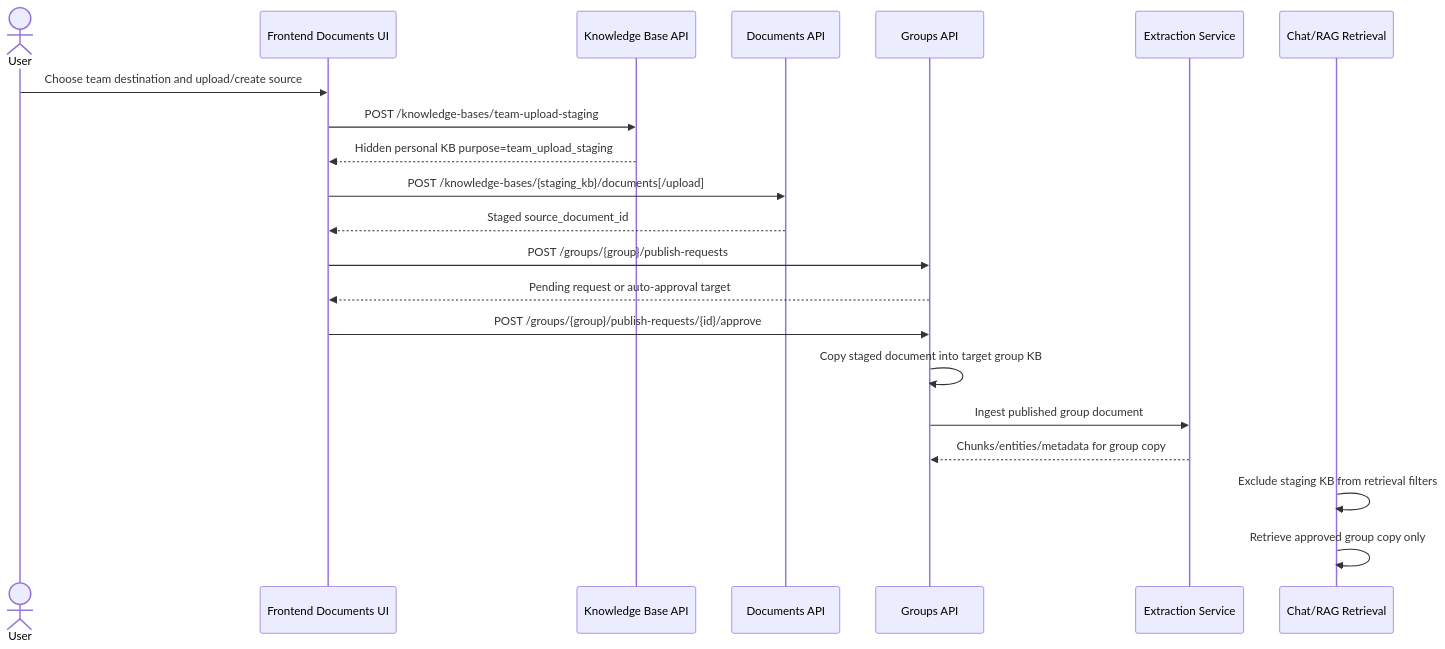
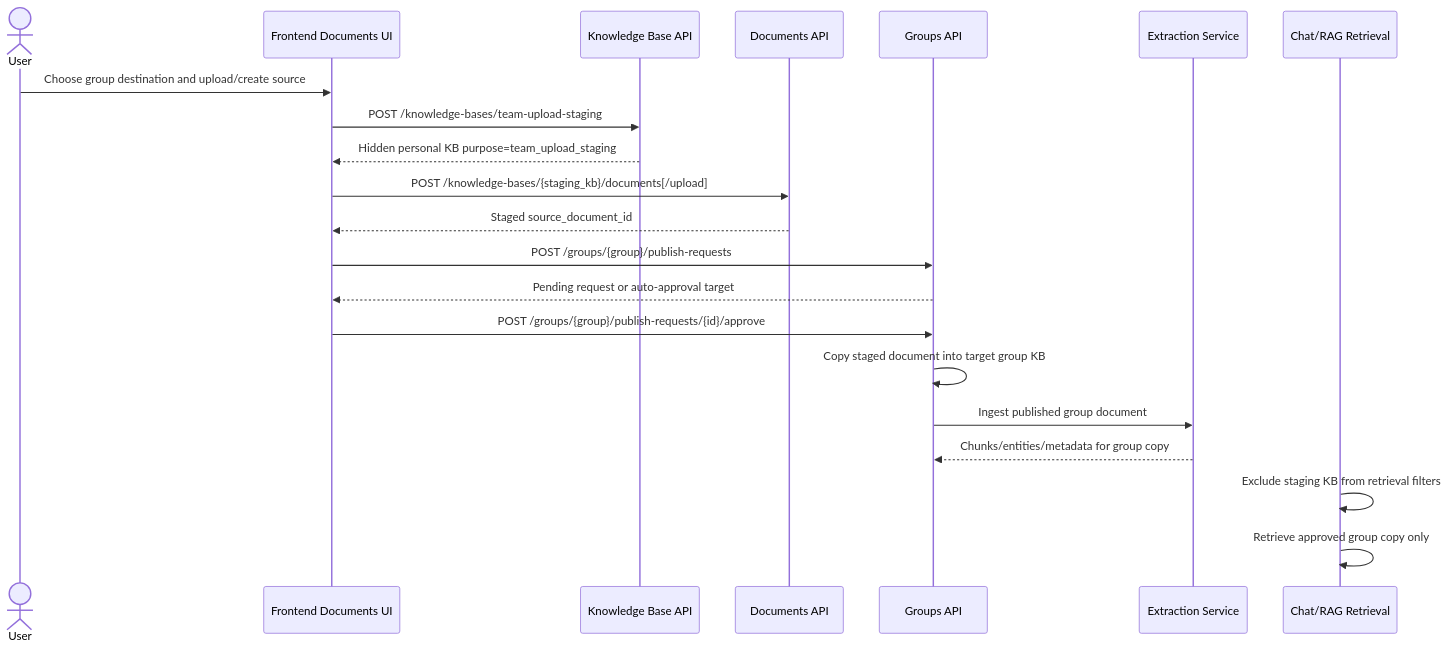
The first of 2 diagrams in docs/product-chat-service/en/18-team-upload-staging-flow.md (heecheon92/my-agents), drawn with Mermaid before and after one commit. The commit also changed other lines of this file and 21 other files, not shown here.

````diff
--- a/docs/product-chat-service/en/18-team-upload-staging-flow.md
+++ b/docs/product-chat-service/en/18-team-upload-staging-flow.md
@@ -15,24 +15,24 @@
 ```mermaid
 sequenceDiagram
     actor User
     participant UI as Frontend Documents UI
     participant KB as Knowledge Base API
     participant Docs as Documents API
     participant Groups as Groups API
     participant Ingest as Extraction Service
     participant RAG as Chat/RAG Retrieval
 
-    User->>UI: Choose team destination and upload/create source
+    User->>UI: Choose group destination and upload/create source
     UI->>KB: POST /knowledge-bases/team-upload-staging
     KB-->>UI: Hidden personal KB purpose=team_upload_staging
     UI->>Docs: POST /knowledge-bases/{staging_kb}/documents[/upload]
     Docs-->>UI: Staged source_document_id
     UI->>Groups: POST /groups/{group}/publish-requests
     Groups-->>UI: Pending request or auto-approval target
     UI->>Groups: POST /groups/{group}/publish-requests/{id}/approve
     Groups->>Groups: Copy staged document into target group KB
     Groups->>Ingest: Ingest published group document
     Ingest-->>Groups: Chunks/entities/metadata for group copy
     RAG->>RAG: Exclude staging KB from retrieval filters
     RAG->>RAG: Retrieve approved group copy only
 ```
````
